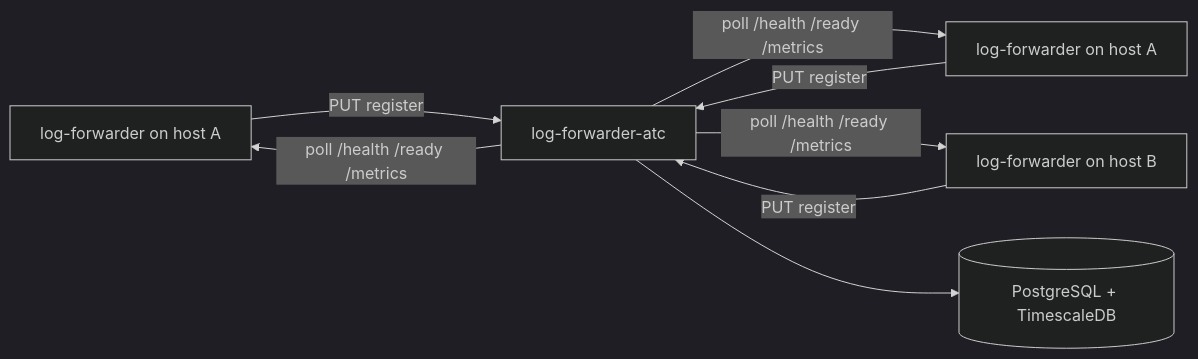
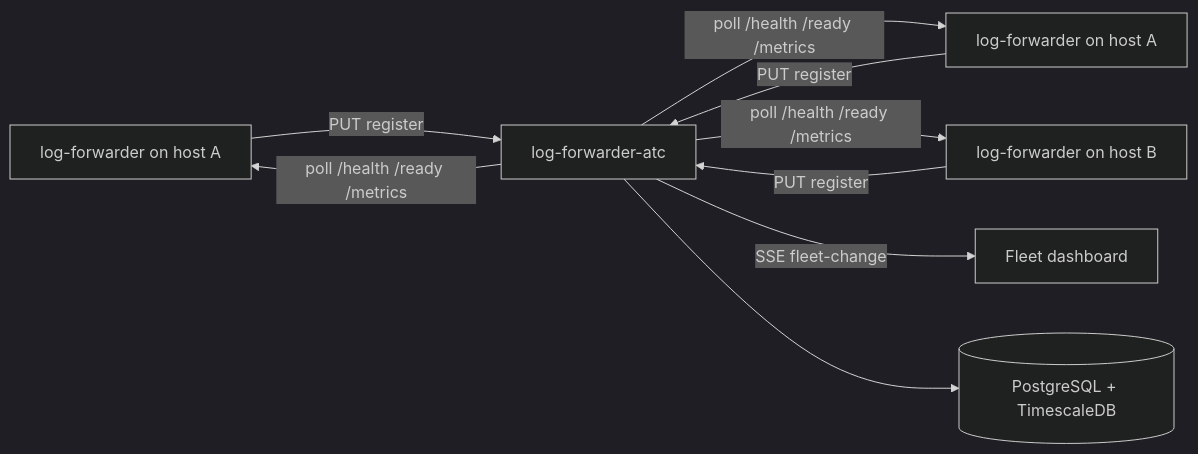
Before and after one commit to sanjuthomas/log-forwarder-atc: the diagram in README.md, drawn with Mermaid (dark theme). The commit also changed other lines of this file and 28 other files, not shown here.

````diff
--- a/README.md
+++ b/README.md
@@ -7,16 +7,17 @@
 ```mermaid
 flowchart LR
     Agent1[log-forwarder on host A]
     Agent2[log-forwarder on host A]
     Agent3[log-forwarder on host B]
     ATC[log-forwarder-atc]
     DB[(PostgreSQL + TimescaleDB)]
 
     Agent1 -->|PUT register| ATC
     Agent2 -->|PUT register| ATC
     Agent3 -->|PUT register| ATC
     ATC -->|poll /health /ready /metrics| Agent1
     ATC -->|poll /health /ready /metrics| Agent2
     ATC -->|poll /health /ready /metrics| Agent3
+    ATC -->|SSE fleet-change| Dashboard[Fleet dashboard]
     ATC --> DB
 ```
````
